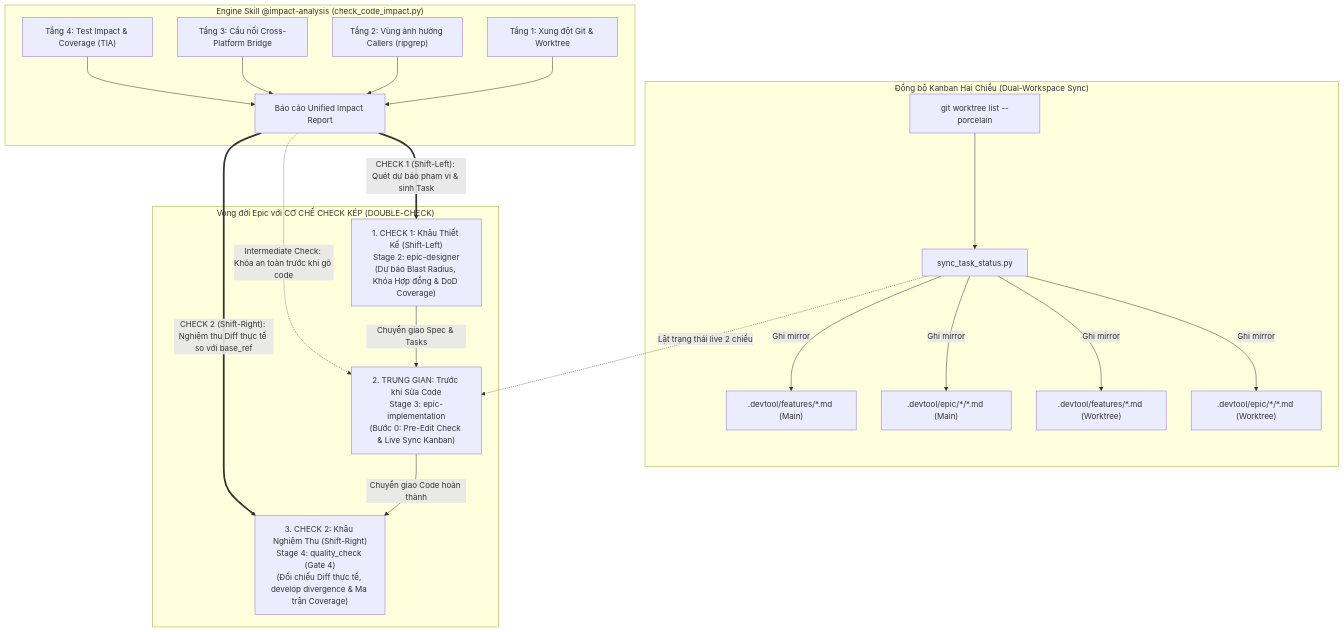
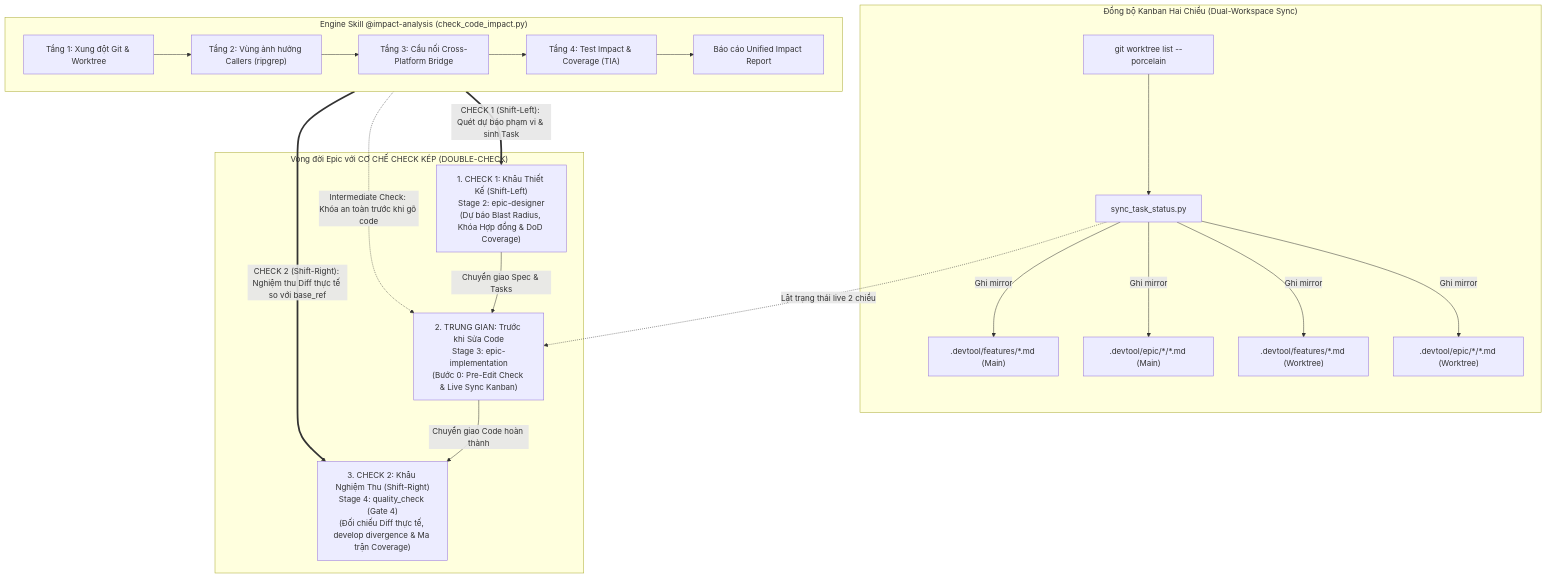
The first of 7 diagrams in .devtool/epic/kanban_sync_impact_analysis/kanban_sync_impact_analysis.vi.md (DanhDue/ai-agent-tools), drawn with Mermaid before and after one commit. The commit also changed other lines of this file and 1 other file, not shown here.

First line of the commit message:
[EPIC_DESIGNER] Lay out Impact Engine layers and Use Cases horizontally

````diff
--- a/.devtool/epic/kanban_sync_impact_analysis/kanban_sync_impact_analysis.vi.md
+++ b/.devtool/epic/kanban_sync_impact_analysis/kanban_sync_impact_analysis.vi.md
@@ -45,36 +45,34 @@
 ```mermaid
 flowchart TD
     subgraph KANBAN_SYNC["Đồng bộ Kanban Hai Chiều (Dual-Workspace Sync)"]
         SYNC_TOOL["sync_task_status.py"]
         WT_DISCOVER["git worktree list --porcelain"]
         WT_DISCOVER --> SYNC_TOOL
         SYNC_TOOL -->|Ghi mirror| F_MAIN[".devtool/features/*.md (Main)"]
         SYNC_TOOL -->|Ghi mirror| E_MAIN[".devtool/epic/*/*.md (Main)"]
         SYNC_TOOL -->|Ghi mirror| F_WT[".devtool/features/*.md (Worktree)"]
         SYNC_TOOL -->|Ghi mirror| E_WT[".devtool/epic/*/*.md (Worktree)"]
     end
 
     subgraph IMPACT_ENGINE["Engine Skill @impact-analysis (check_code_impact.py)"]
-        L1["Tầng 1: Xung đột Git & Worktree"]
-        L2["Tầng 2: Vùng ảnh hưởng Callers (ripgrep)"]
-        L3["Tầng 3: Cầu nối Cross-Platform Bridge"]
-        L4["Tầng 4: Test Impact & Coverage (TIA)"]
-        L1 & L2 & L3 & L4 --> REPORT["Báo cáo Unified Impact Report"]
+        direction LR
+        L1["Tầng 1: Xung đột Git & Worktree"] --> L2["Tầng 2: Vùng ảnh hưởng Callers (ripgrep)"] --> L3["Tầng 3: Cầu nối Cross-Platform Bridge"] --> L4["Tầng 4: Test Impact & Coverage (TIA)"]
+        L4 --> REPORT["Báo cáo Unified Impact Report"]
     end
 
     subgraph WORKFLOW_INTEGRATION["Vòng đời Epic với CƠ CHẾ CHECK KÉP (DOUBLE-CHECK)"]
         STAGE2["1. CHECK 1: Khâu Thiết Kế (Shift-Left)<br/>Stage 2: epic-designer<br/>(Dự báo Blast Radius, Khóa Hợp đồng & DoD Coverage)"]
         STAGE3["2. TRUNG GIAN: Trước khi Sửa Code<br/>Stage 3: epic-implementation<br/>(Bước 0: Pre-Edit Check & Live Sync Kanban)"]
         STAGE4["3. CHECK 2: Khâu Nghiệm Thu (Shift-Right)<br/>Stage 4: quality_check (Gate 4)<br/>(Đối chiếu Diff thực tế, develop divergence & Ma trận Coverage)"]
         
         STAGE2 -->|Chuyển giao Spec & Tasks| STAGE3
         STAGE3 -->|Chuyển giao Code hoàn thành| STAGE4
     end
 
     %% Các đường liên kết Check Kép thể hiện rõ ràng
     REPORT ==>|"CHECK 1 (Shift-Left): Quét dự báo phạm vi & sinh Task"| STAGE2
     REPORT -.->|"Intermediate Check: Khóa an toàn trước khi gõ code"| STAGE3
     REPORT ==>|"CHECK 2 (Shift-Right): Nghiệm thu Diff thực tế so với base_ref"| STAGE4
 
     SYNC_TOOL -.->|"Lật trạng thái live 2 chiều"| STAGE3
 ```
````
